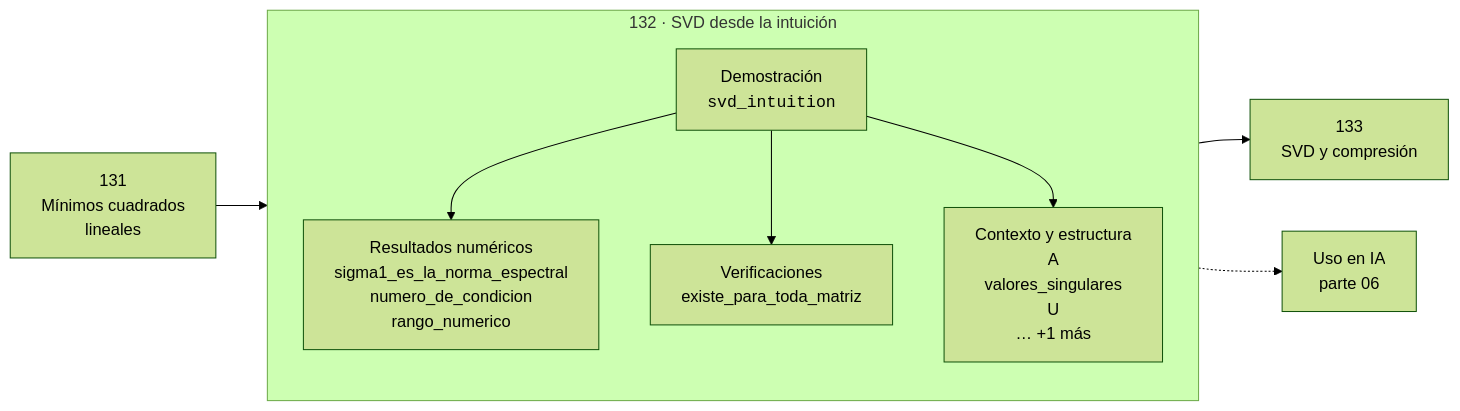
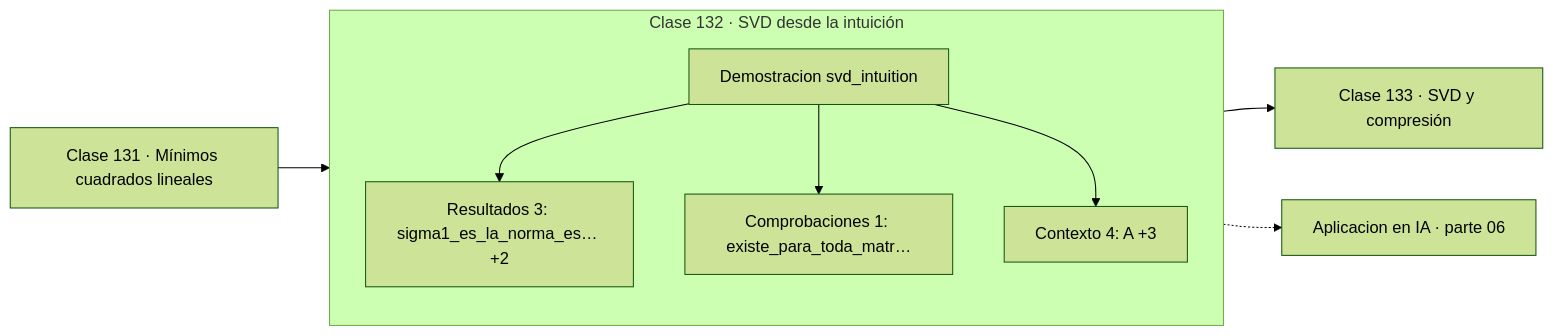
The diagram in classes/part-06-algebra-lineal-ii-descomposiciones-y-tensores/132-svd-desde-la-intuicion/README.md (vladimiracunadev-create/computational-mathematics-program), drawn with Mermaid (forest theme) before and after one commit. The commit also changed 389 other files, not shown here.

First line of the commit message:
fix(diagramas): elimina el HTML de las etiquetas Mermaid

````diff
--- a/classes/part-06-algebra-lineal-ii-descomposiciones-y-tensores/132-svd-desde-la-intuicion/README.md
+++ b/classes/part-06-algebra-lineal-ii-descomposiciones-y-tensores/132-svd-desde-la-intuicion/README.md
@@ -30,12 +30,13 @@
 ```mermaid
 flowchart LR
-    P["131<br/>Mínimos cuadrados<br/>lineales"] --> C
-    subgraph C["132 · SVD desde la intuición"]
+    P["Clase 131 · Mínimos cuadrados lineales"] --> D
+    subgraph CLASE["Clase 132 · SVD desde la intuición"]
         direction TB
-        D["Demostración<br/><code>svd_intuition</code>"] --> R["Resultados numéricos<br/>sigma1_es_la_norma_espectral<br/>numero_de_condicion<br/>rango_numerico"]
-        D --> V["Verificaciones<br/>existe_para_toda_matriz"]
-        D --> O["Contexto y estructura<br/>A<br/>valores_singulares<br/>U<br/>… +1 más"]
+        D["Demostracion svd_intuition"]
+        D --> R["Resultados 3: sigma1_es_la_norma_es… +2"]
+        D --> V["Comprobaciones 1: existe_para_toda_matr…"]
+        D --> O["Contexto 4: A +3"]
     end
-    C --> N["133<br/>SVD y compresión"]
-    C -.-> IA["Uso en IA<br/>parte 06"]
+    R --> N["Clase 133 · SVD y compresión"]
+    V -.-> IA["Aplicacion en IA · parte 06"]
 ```
````
